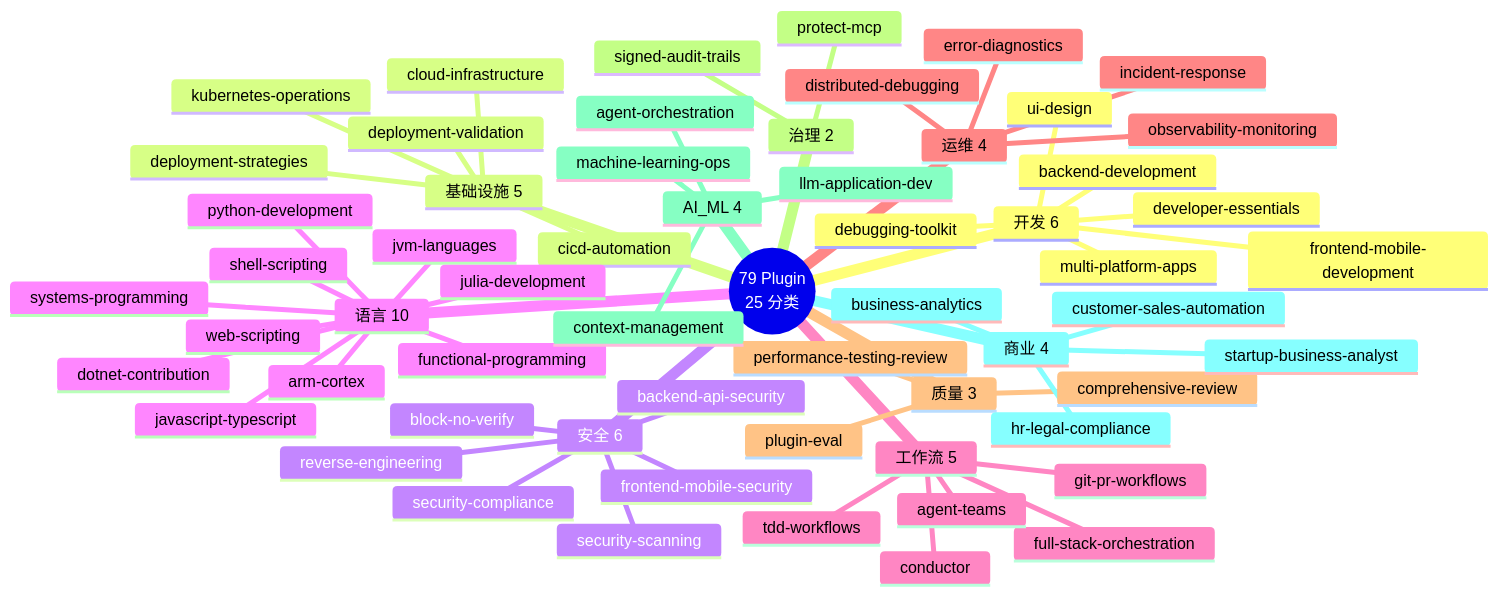
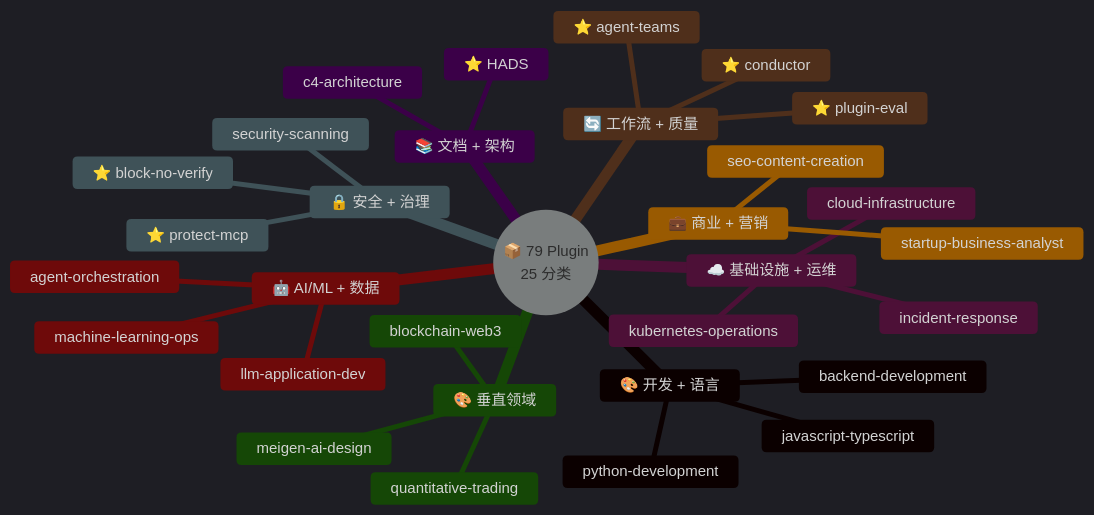
One commit to heyuan110/heyuan110.github.io changed the second of 3 diagrams in content/posts/ai/2026-04-20-wshobson-agents-deep-dive/index.zh.md. Above: the diagram before and after it, drawn with Mermaid. The commit also changed other lines of this file and 1 other file, not shown here.

Commit message:
美化 wshobson 文章配图：mindmap 精简节点、Tier 图补齐布局
- mindmap：每类只列 2-3 个代表性 plugin，避免 60+ 节点导致的布局错乱；
  配深色主题变量、emoji 分类、⭐ 高亮独家组件
- Tier 成本模型：flowchart LR 改为 TB 分层，每个 Tier 补齐到 4 个 Agent 保持视觉平衡；
  subgraph 标题内联价格+角色描述，省去外部箭头标签

````diff
--- a/content/posts/ai/2026-04-20-wshobson-agents-deep-dive/index.zh.md
+++ b/content/posts/ai/2026-04-20-wshobson-agents-deep-dive/index.zh.md
@@ -92,63 +92,35 @@
 ```mermaid
+%%{init: {"theme":"dark","themeVariables":{"fontSize":"15px","fontFamily":"ui-sans-serif,system-ui","lineColor":"#60a5fa"}}}%%
 mindmap
-  root((79 Plugin<br/>25 分类))
-    开发 6
-      debugging-toolkit
-      backend-development
-      frontend-mobile-development
-      multi-platform-apps
-      ui-design
-      developer-essentials
-    基础设施 5
-      cloud-infrastructure
-      kubernetes-operations
-      cicd-automation
-      deployment-strategies
-      deployment-validation
-    安全 6
-      security-scanning
-      security-compliance
-      backend-api-security
-      frontend-mobile-security
-      reverse-engineering
-      block-no-verify
-    语言 10
+  root((📦 79 Plugin<br/>25 分类))
+    🎨 开发 + 语言
       python-development
       javascript-typescript
-      systems-programming
-      jvm-languages
-      web-scripting
-      functional-programming
-      julia-development
-      shell-scripting
-      dotnet-contribution
-      arm-cortex
-    工作流 5
-      conductor
-      full-stack-orchestration
-      tdd-workflows
-      git-pr-workflows
-      agent-teams
-    运维 4
+      backend-development
+    ☁️ 基础设施 + 运维
+      kubernetes-operations
+      cloud-infrastructure
       incident-response
-      error-diagnostics
-      distributed-debugging
-      observability-monitoring
-    质量 3
-      comprehensive-review
-      performance-testing-review
-      plugin-eval
-    治理 2
-      protect-mcp
-      signed-audit-trails
-    AI_ML 4
+    🔒 安全 + 治理
+      security-scanning
+      ⭐ protect-mcp
+      ⭐ block-no-verify
+    🔄 工作流 + 质量
+      ⭐ conductor
+      ⭐ agent-teams
+      ⭐ plugin-eval
+    🤖 AI/ML + 数据
       llm-application-dev
       agent-orchestration
-      context-management
       machine-learning-ops
-    商业 4
-      business-analytics
+    📚 文档 + 架构
+      c4-architecture
+      ⭐ HADS
+    💼 商业 + 营销
       startup-business-analyst
-      hr-legal-compliance
-      customer-sales-automation
+      seo-content-creation
+    🎨 垂直领域
+      blockchain-web3
+      quantitative-trading
+      meigen-ai-design
 ```
````
